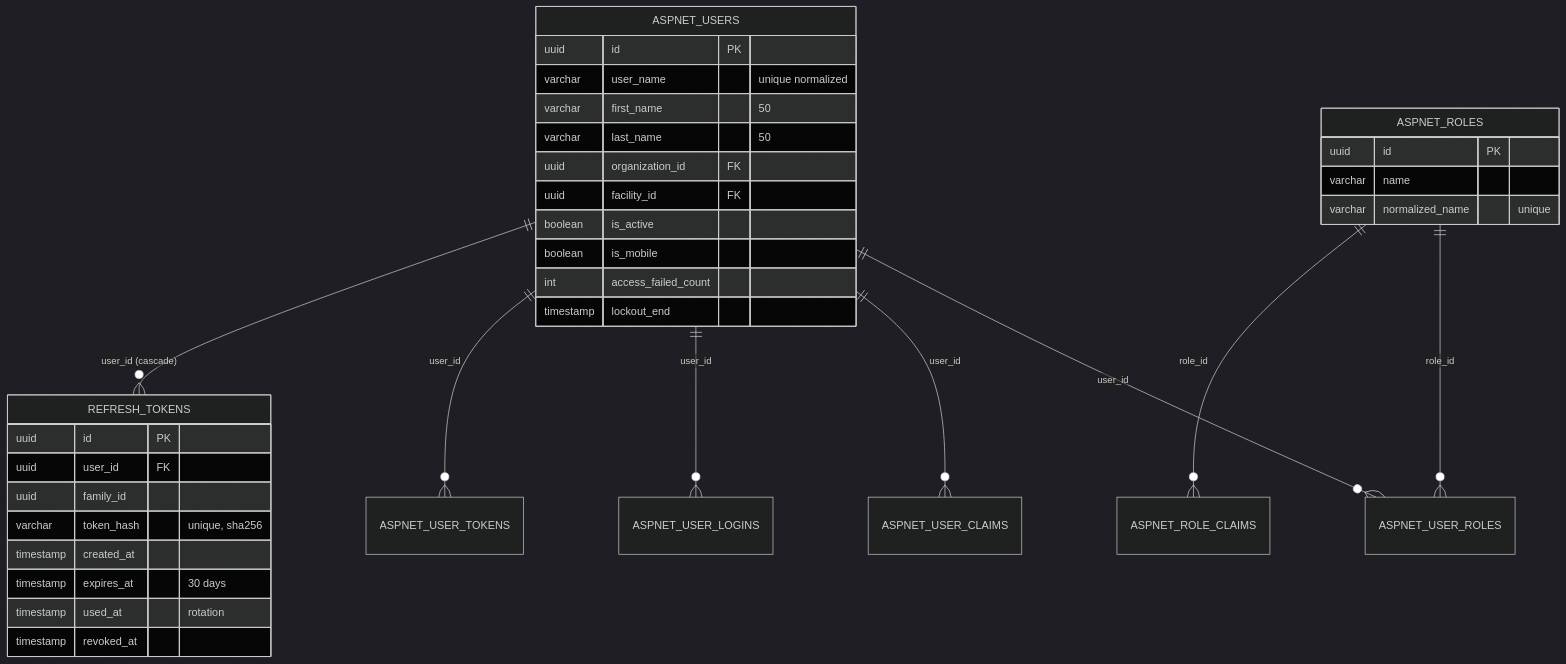
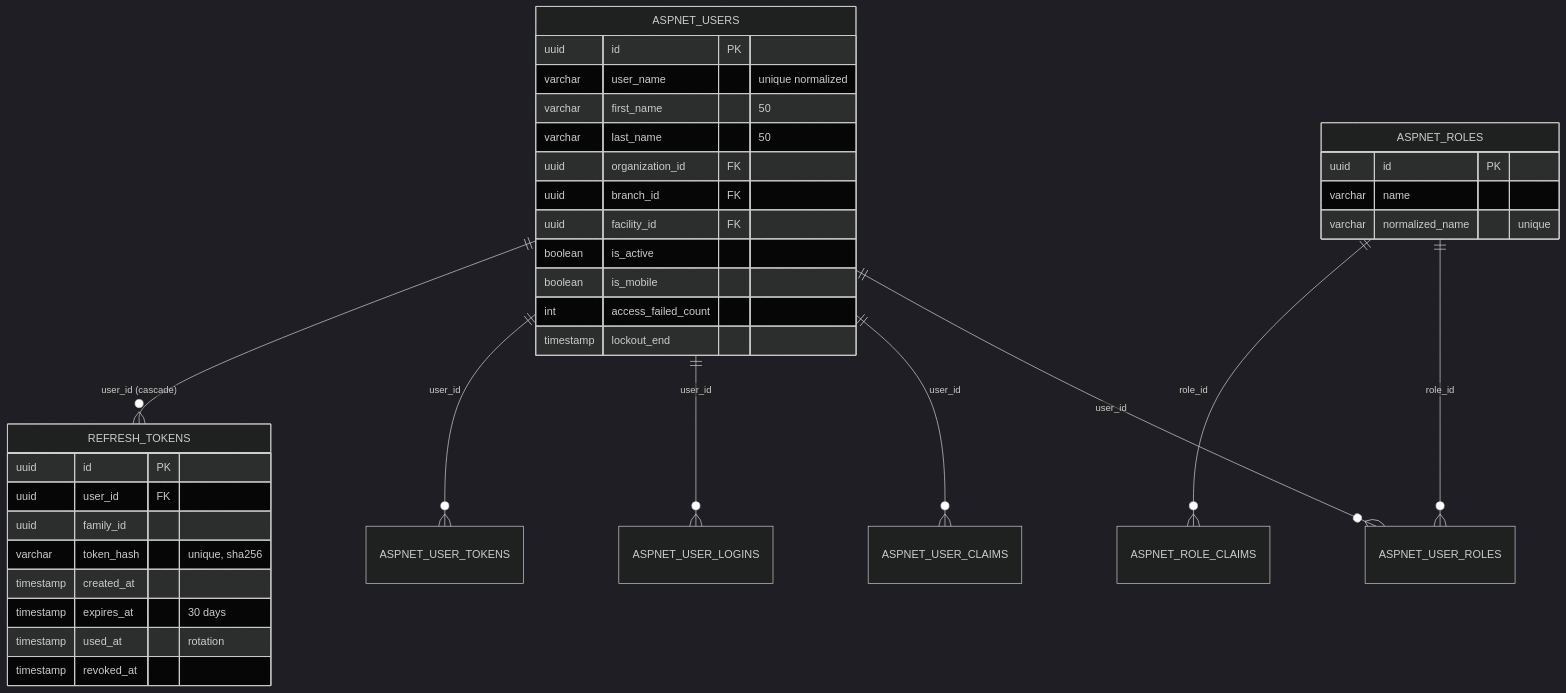
Before and after one commit to AHMADARBASH/SBRS: the fourth of 4 diagrams in docs/02-design/erd.md, drawn with Mermaid (dark theme). The commit also changed other lines of this file and 50 other files, not shown here.

````diff
--- a/docs/02-design/erd.md
+++ b/docs/02-design/erd.md
@@ -171,38 +172,39 @@
 ```mermaid
 erDiagram
     ASPNET_USERS ||--o{ ASPNET_USER_ROLES : "user_id"
     ASPNET_ROLES ||--o{ ASPNET_USER_ROLES : "role_id"
     ASPNET_USERS ||--o{ ASPNET_USER_CLAIMS : "user_id"
     ASPNET_USERS ||--o{ ASPNET_USER_LOGINS : "user_id"
     ASPNET_USERS ||--o{ ASPNET_USER_TOKENS : "user_id"
     ASPNET_ROLES ||--o{ ASPNET_ROLE_CLAIMS : "role_id"
     ASPNET_USERS ||--o{ REFRESH_TOKENS : "user_id (cascade)"
 
     ASPNET_USERS {
         uuid id PK
         varchar user_name "unique normalized"
         varchar first_name "50"
         varchar last_name "50"
         uuid organization_id FK
+        uuid branch_id FK
         uuid facility_id FK
         boolean is_active
         boolean is_mobile
         int access_failed_count
         timestamp lockout_end
     }
     ASPNET_ROLES {
         uuid id PK
         varchar name
         varchar normalized_name "unique"
     }
     REFRESH_TOKENS {
         uuid id PK
         uuid user_id FK
         uuid family_id
         varchar token_hash "unique, sha256"
         timestamp created_at
         timestamp expires_at "30 days"
         timestamp used_at "rotation"
         timestamp revoked_at
     }
 ```
````
